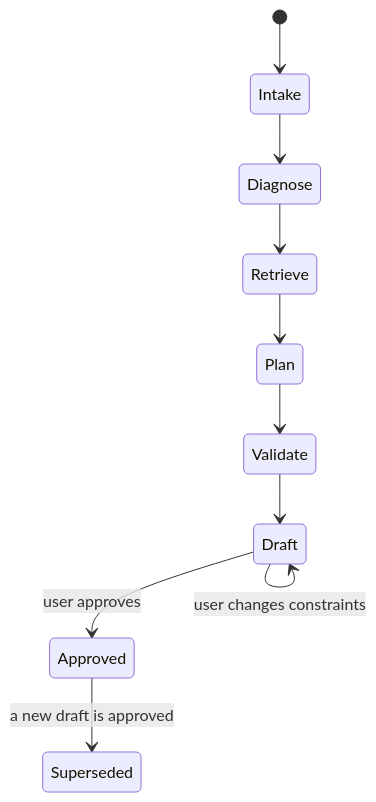
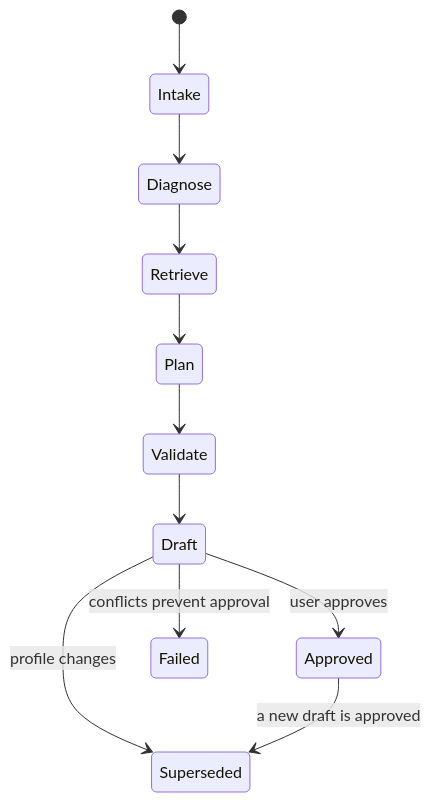
One commit to Swordmynew/IELTS-learning-assistant changed the second of 4 diagrams in docs/ARCHITECTURE.md. Above: the diagram before and after it, drawn with Mermaid. The commit also changed other lines of this file and 65 other files, not shown here.

````diff
--- a/docs/ARCHITECTURE.md
+++ b/docs/ARCHITECTURE.md
@@ -40,12 +40,13 @@
 ```mermaid
 stateDiagram-v2
   [*] --> Intake
   Intake --> Diagnose
   Diagnose --> Retrieve
   Retrieve --> Plan
   Plan --> Validate
   Validate --> Draft
   Draft --> Approved: user approves
-  Draft --> Draft: user changes constraints
+  Draft --> Superseded: profile changes
+  Draft --> Failed: conflicts prevent approval
   Approved --> Superseded: a new draft is approved
 ```
````
